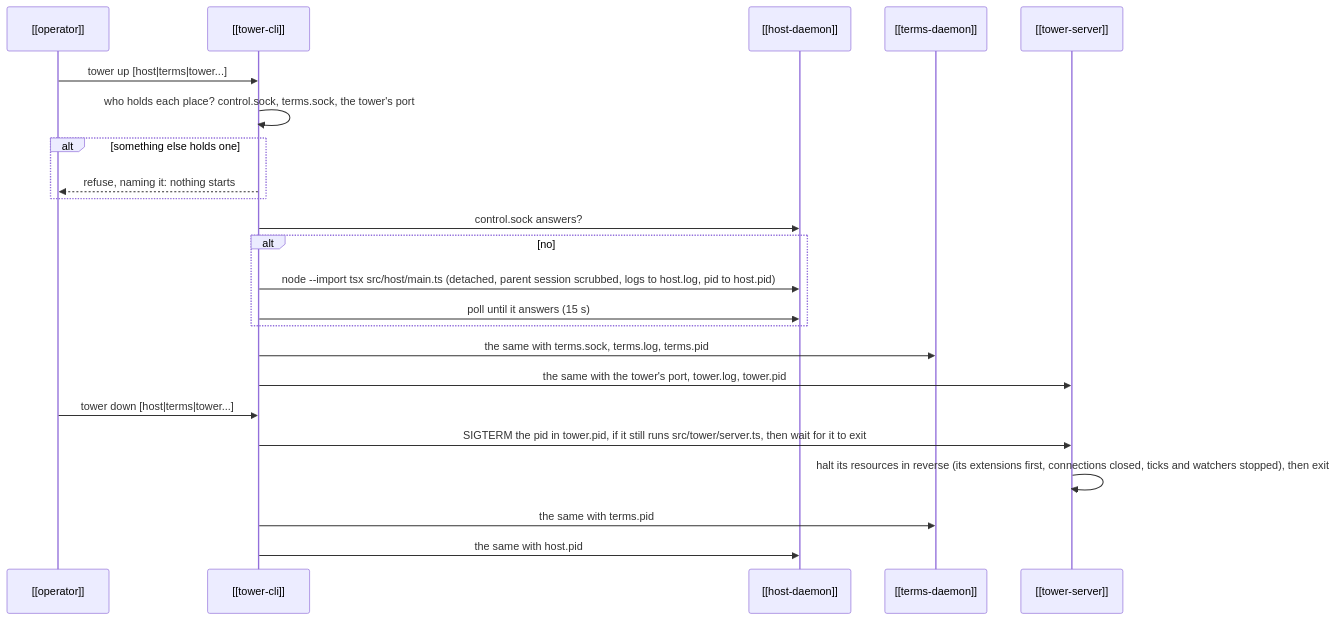
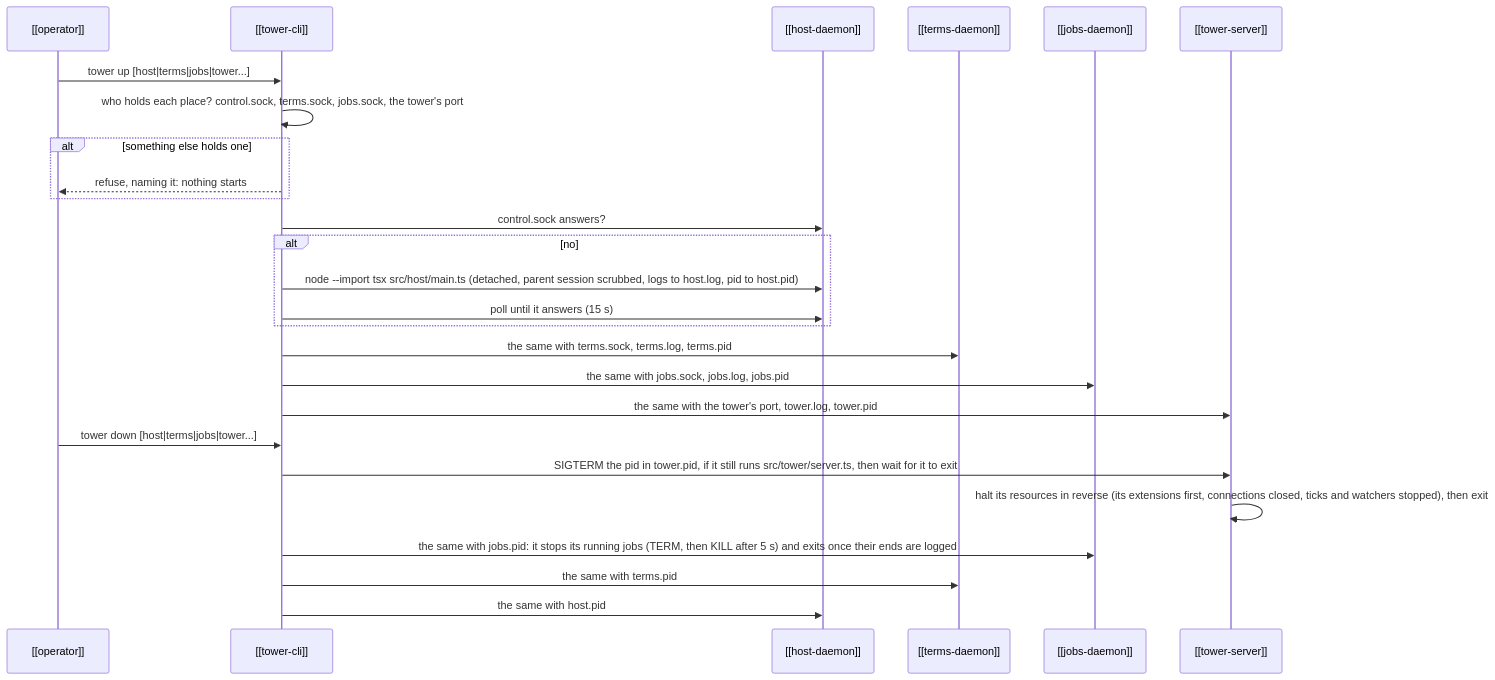
The diagram in kb/entities/flows/bring-up.md (RegiByte/the-tower), drawn with Mermaid before and after one commit. The commit also changed other lines of this file and 43 other files, not shown here.

First line of the commit message:
feat: the jobs daemon runs each job to its end in a PTY and alone writes the jobs log

````diff
--- a/kb/entities/flows/bring-up.md
+++ b/kb/entities/flows/bring-up.md
@@ -12,25 +12,28 @@
 ```mermaid
 sequenceDiagram
   participant O as [[operator]]
   participant M as [[tower-cli]]
   participant H as [[host-daemon]]
   participant S as [[terms-daemon]]
+  participant J as [[jobs-daemon]]
   participant T as [[tower-server]]
-  O->>M: tower up [host|terms|tower...]
-  M->>M: who holds each place? control.sock, terms.sock, the tower's port
+  O->>M: tower up [host|terms|jobs|tower...]
+  M->>M: who holds each place? control.sock, terms.sock, jobs.sock, the tower's port
   alt something else holds one
     M-->>O: refuse, naming it: nothing starts
   end
   M->>H: control.sock answers?
   alt no
     M->>H: node --import tsx src/host/main.ts (detached, parent session scrubbed, logs to host.log, pid to host.pid)
     M->>H: poll until it answers (15 s)
   end
   M->>S: the same with terms.sock, terms.log, terms.pid
+  M->>J: the same with jobs.sock, jobs.log, jobs.pid
   M->>T: the same with the tower's port, tower.log, tower.pid
-  O->>M: tower down [host|terms|tower...]
+  O->>M: tower down [host|terms|jobs|tower...]
   M->>T: SIGTERM the pid in tower.pid, if it still runs src/tower/server.ts, then wait for it to exit
   T->>T: halt its resources in reverse (its extensions first, connections closed, ticks and watchers stopped), then exit
+  M->>J: the same with jobs.pid: it stops its running jobs (TERM, then KILL after 5 s) and exits once their ends are logged
   M->>S: the same with terms.pid
   M->>H: the same with host.pid
 ```
````
